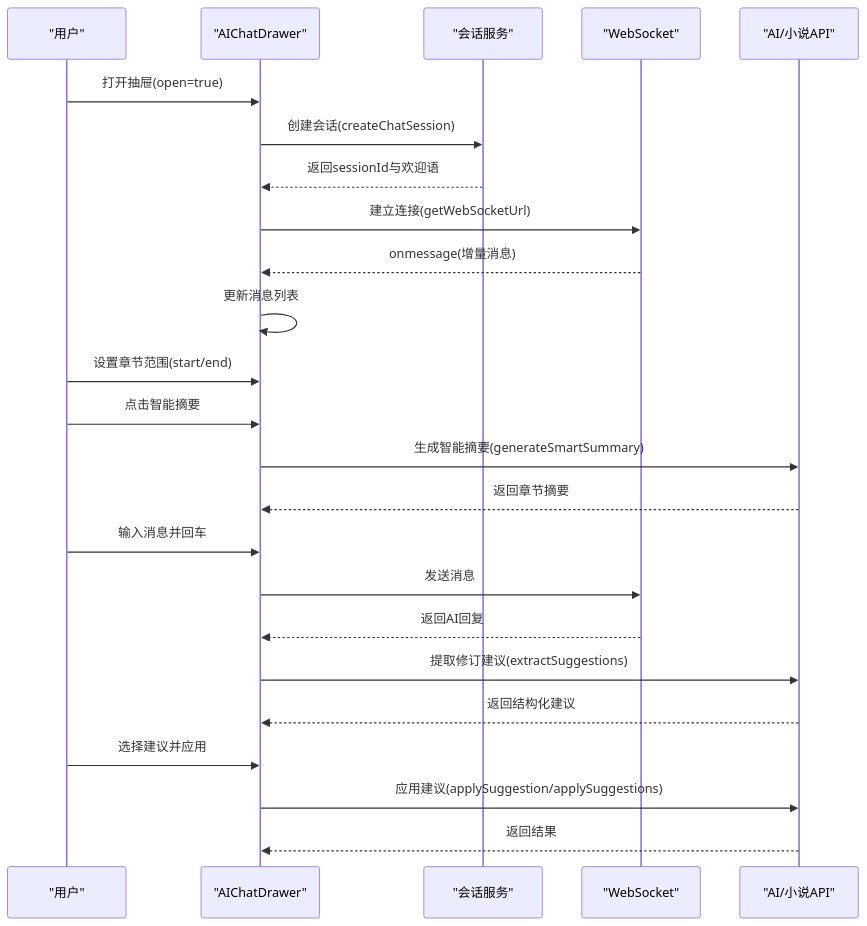
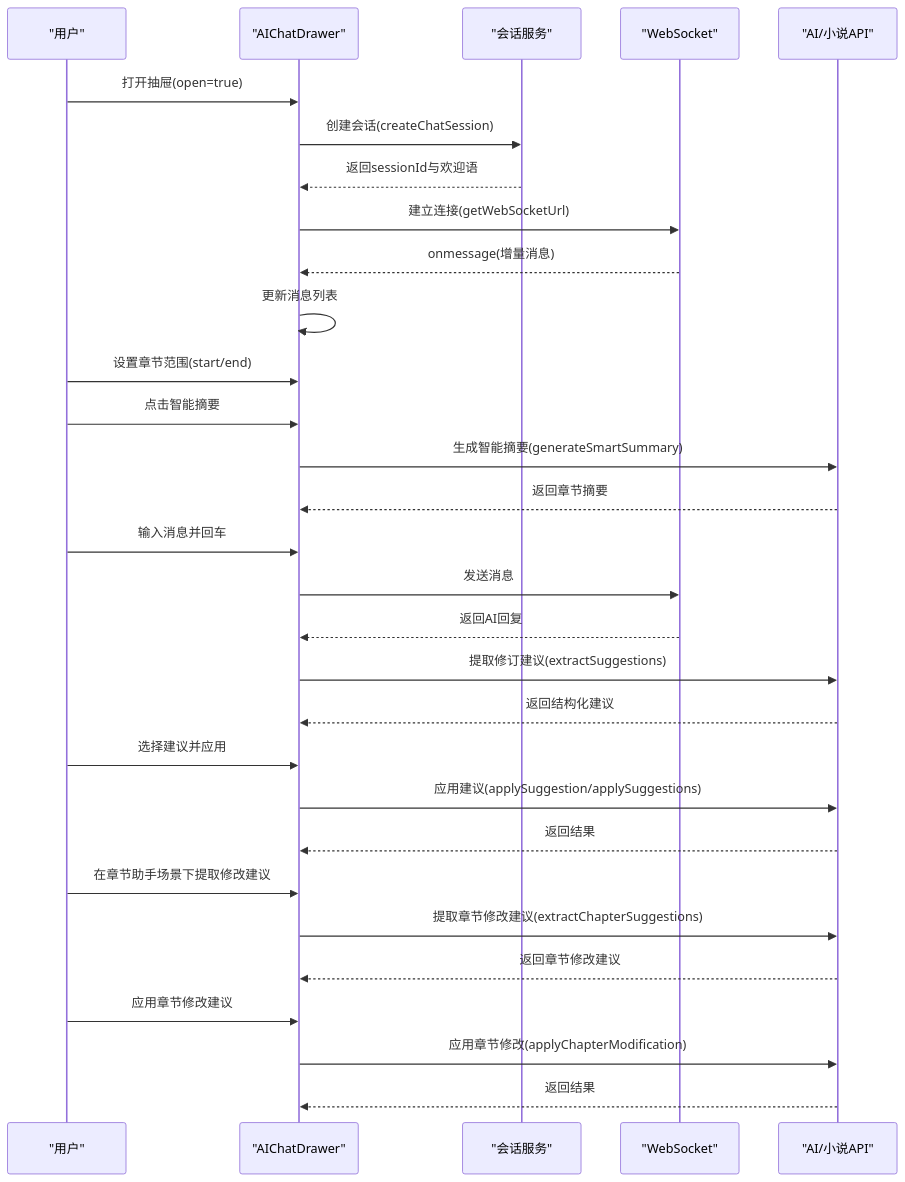
The fifth of 8 diagrams in .qoder/repowiki/zh/content/前端架构/UI组件库/UI组件库.md (xfbyxq/ai-novel-system), drawn with Mermaid before and after one commit. The commit also changed other lines of this file and 6 other files, not shown here.

````diff
--- a/.qoder/repowiki/zh/content/前端架构/UI组件库/UI组件库.md
+++ b/.qoder/repowiki/zh/content/前端架构/UI组件库/UI组件库.md
@@ -270,26 +282,32 @@
 ```mermaid
 sequenceDiagram
 participant U as "用户"
 participant D as "AIChatDrawer"
 participant S as "会话服务"
 participant WS as "WebSocket"
 participant API as "AI/小说API"
 U->>D : 打开抽屉(open=true)
 D->>S : 创建会话(createChatSession)
 S-->>D : 返回sessionId与欢迎语
 D->>WS : 建立连接(getWebSocketUrl)
 WS-->>D : onmessage(增量消息)
 D->>D : 更新消息列表
 U->>D : 设置章节范围(start/end)
 U->>D : 点击智能摘要
 D->>API : 生成智能摘要(generateSmartSummary)
 API-->>D : 返回章节摘要
 U->>D : 输入消息并回车
 D->>WS : 发送消息
 WS-->>D : 返回AI回复
 D->>API : 提取修订建议(extractSuggestions)
 API-->>D : 返回结构化建议
 U->>D : 选择建议并应用
 D->>API : 应用建议(applySuggestion/applySuggestions)
 API-->>D : 返回结果
+U->>D : 在章节助手场景下提取修改建议
+D->>API : 提取章节修改建议(extractChapterSuggestions)
+API-->>D : 返回章节修改建议
+U->>D : 应用章节修改建议
+D->>API : 应用章节修改(applyChapterModification)
+API-->>D : 返回结果
 ```
````
